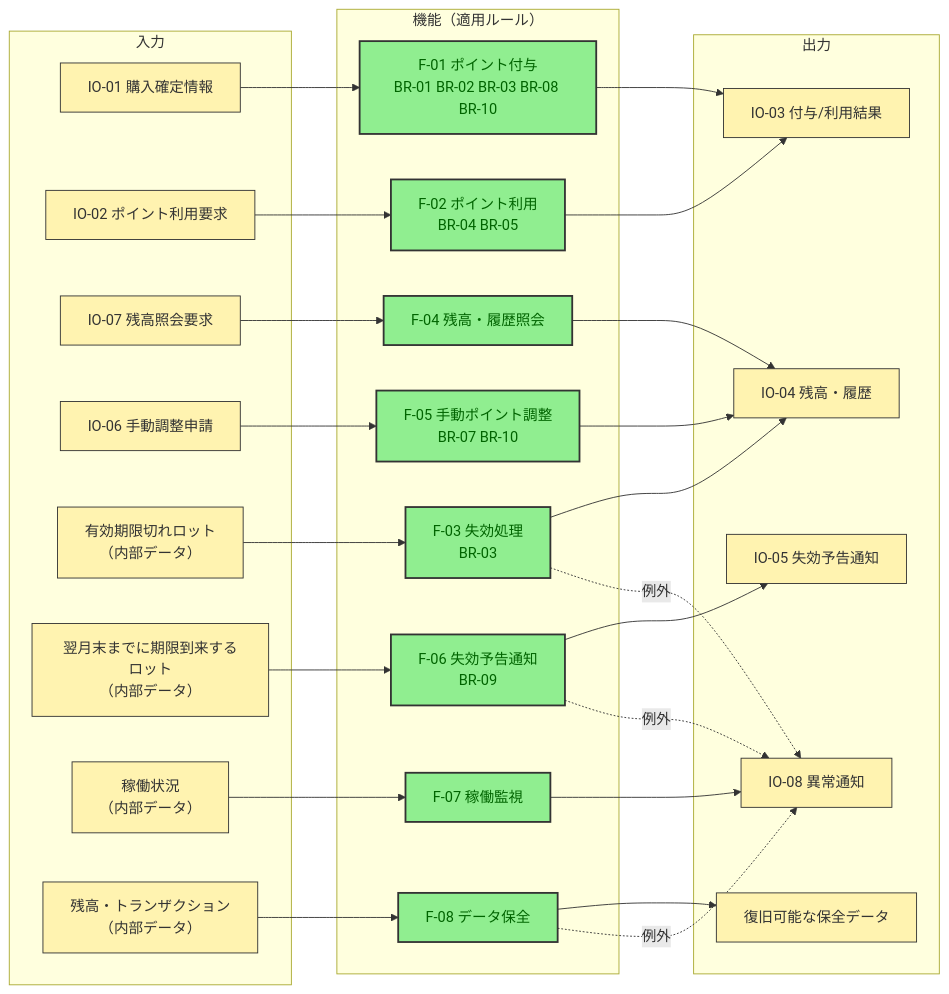
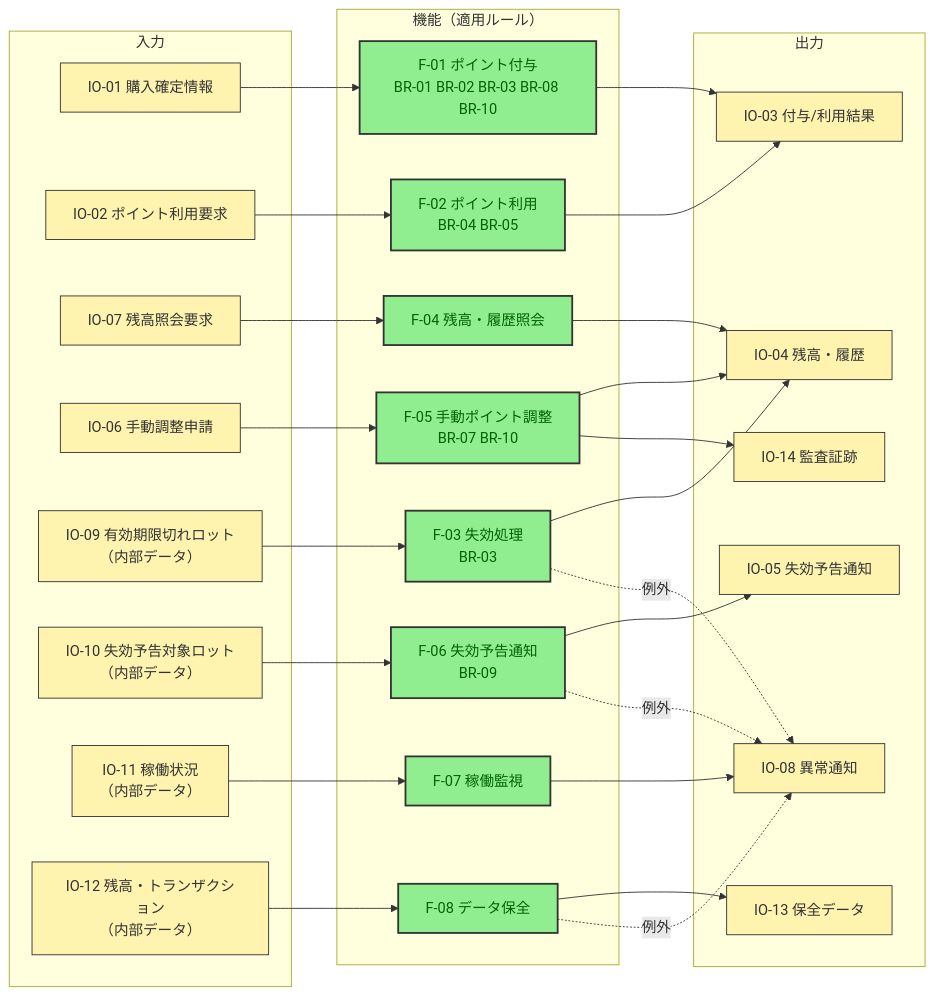
Before and after one commit to kasiopeiya/claude-dev-template: the fourth of 9 diagrams in .claude/skills/elicit-requirements/sample-requirements.md, drawn with Mermaid. The commit also changed other lines of this file, not shown here.

````diff
--- a/.claude/skills/elicit-requirements/sample-requirements.md
+++ b/.claude/skills/elicit-requirements/sample-requirements.md
@@ -266,50 +272,52 @@
 ```mermaid
 flowchart LR
     subgraph IN["入力"]
         io1["IO-01 購入確定情報"]
         io2["IO-02 ポイント利用要求"]
         io7["IO-07 残高照会要求"]
         io6["IO-06 手動調整申請"]
-        d1["有効期限切れロット<br/>（内部データ）"]
-        d2["翌月末までに期限到来するロット<br/>（内部データ）"]
-        d3["稼働状況<br/>（内部データ）"]
-        d4["残高・トランザクション<br/>（内部データ）"]
+        d1["IO-09 有効期限切れロット<br/>（内部データ）"]
+        d2["IO-10 失効予告対象ロット<br/>（内部データ）"]
+        d3["IO-11 稼働状況<br/>（内部データ）"]
+        d4["IO-12 残高・トランザクション<br/>（内部データ）"]
     end
 
     subgraph FUNC["機能（適用ルール）"]
         f1["F-01 ポイント付与<br/>BR-01 BR-02 BR-03 BR-08 BR-10"]
         f2["F-02 ポイント利用<br/>BR-04 BR-05"]
         f4["F-04 残高・履歴照会"]
         f5["F-05 手動ポイント調整<br/>BR-07 BR-10"]
         f3["F-03 失効処理<br/>BR-03"]
         f6["F-06 失効予告通知<br/>BR-09"]
         f7["F-07 稼働監視"]
         f8["F-08 データ保全"]
     end
 
     subgraph OUT["出力"]
         io3["IO-03 付与/利用結果"]
         io4["IO-04 残高・履歴"]
         io5["IO-05 失効予告通知"]
         io8["IO-08 異常通知"]
-        bk["復旧可能な保全データ"]
+        io13["IO-13 保全データ"]
+        io14["IO-14 監査証跡"]
     end
 
     io1 --> f1 --> io3
     io2 --> f2 --> io3
     io7 --> f4 --> io4
     io6 --> f5 --> io4
+    f5 --> io14
     d1 --> f3 --> io4
     d2 --> f6 --> io5
     d3 --> f7 --> io8
-    d4 --> f8 --> bk
+    d4 --> f8 --> io13
 
     f3 -.->|例外| io8
     f6 -.->|例外| io8
     f8 -.->|例外| io8
 
     classDef io fill:#FFF3B0,stroke:#333,stroke-width:1px,color:#333
     classDef func fill:#90EE90,stroke:#333,stroke-width:2px,color:darkgreen
-    class io1,io2,io6,io7,d1,d2,d3,d4,io3,io4,io5,io8,bk io
+    class io1,io2,io6,io7,d1,d2,d3,d4,io3,io4,io5,io8,io13,io14 io
     class f1,f2,f3,f4,f5,f6,f7,f8 func
 ```
````
